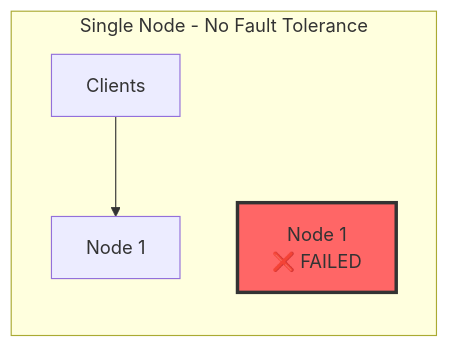
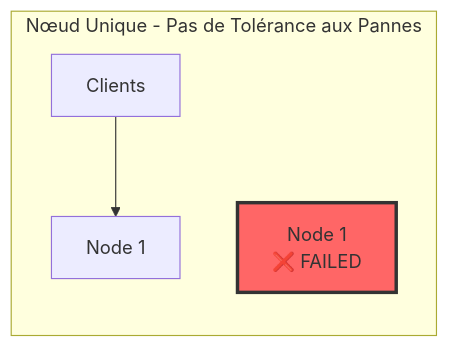
Before and after one commit to dardourimohamed/distributed-systems-course: the first of 8 diagrams in src/data-store/06-replication.md, drawn with Mermaid. The commit also changed other lines of this file and 38 other files, not shown here.

````diff
--- a/src/data-store/06-replication.md
+++ b/src/data-store/06-replication.md
@@ -19,8 +19,8 @@
 ```mermaid
 graph LR
-    subgraph "Single Node - No Fault Tolerance"
+    subgraph "Nœud Unique - Pas de Tolérance aux Pannes"
         C[Clients] --> N[Node 1]
         N1[Node 1<br/>❌ FAILED]
         style N1 fill:#f66,stroke:#333,stroke-width:3px
     end
 ```
````
